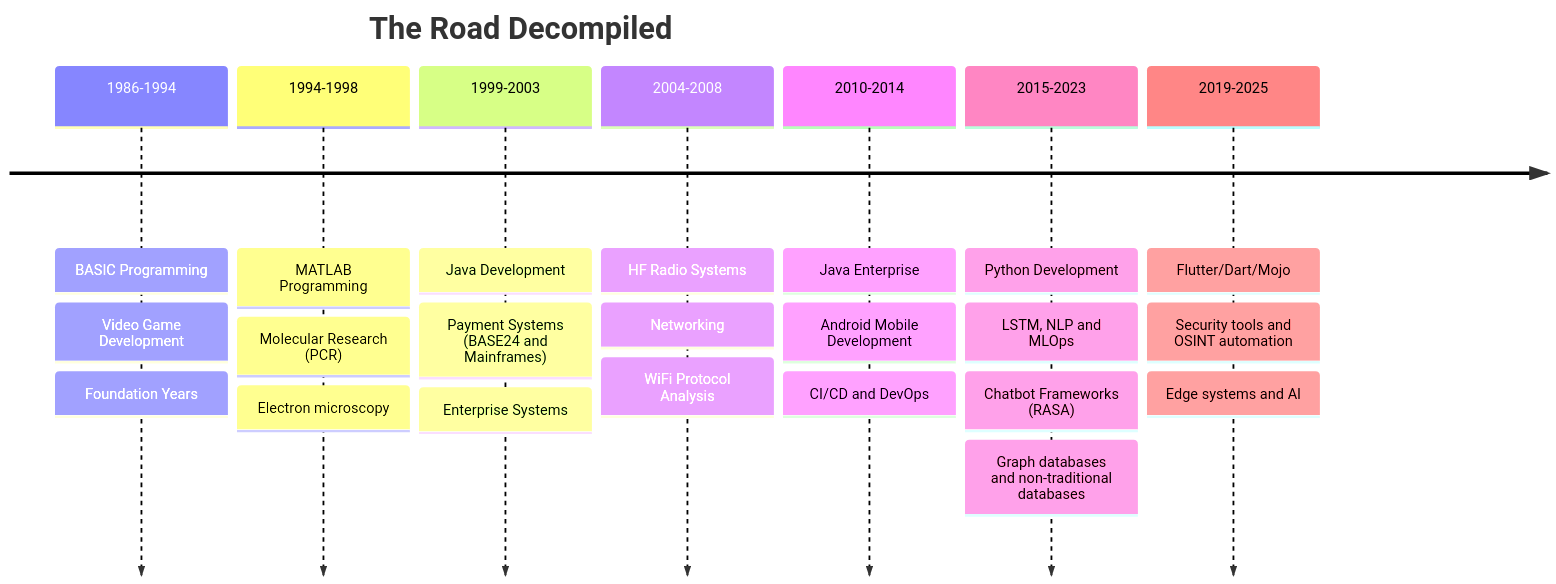
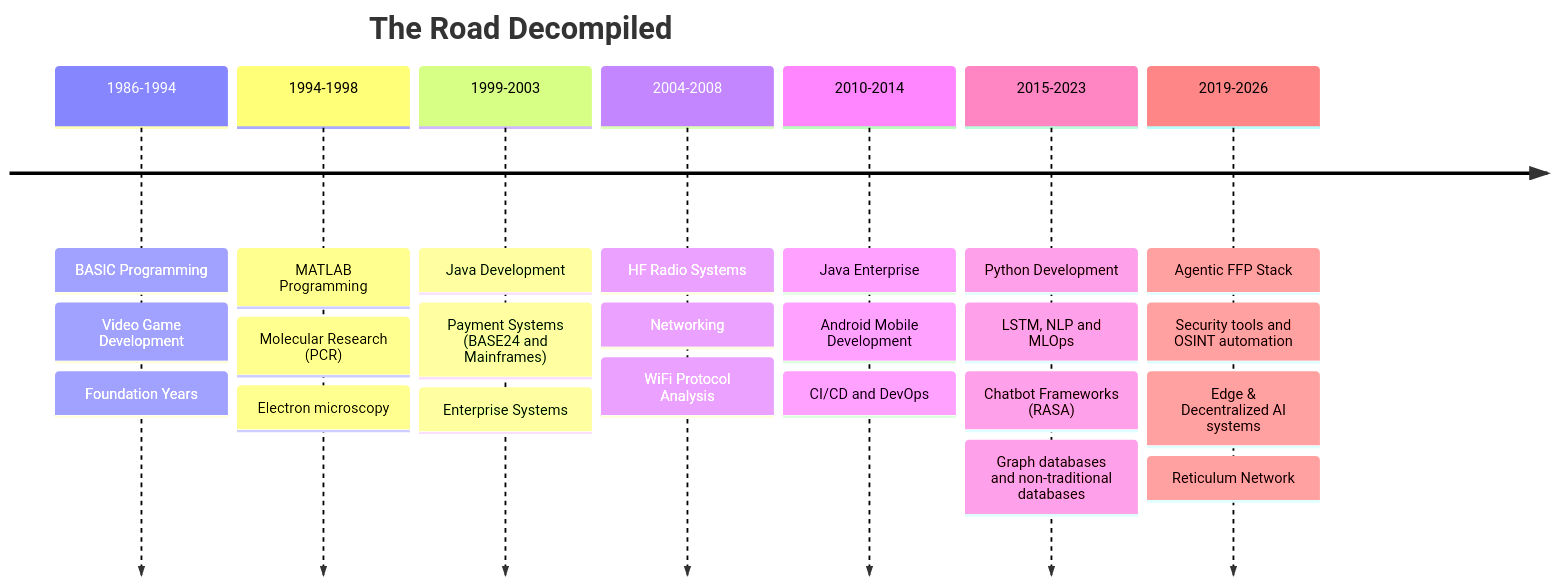
One commit to Wall-D/Wall-D changed the diagram in README.md. Above: the diagram before and after it, drawn with Mermaid.

Commit message:
Update timeline and technology stack in README

````diff
--- a/README.md
+++ b/README.md
@@ -4,35 +4,37 @@
 ```mermaid
 timeline
     title The Road Decompiled
     
     1986-1994 : BASIC Programming
               : Video Game Development
               : Foundation Years
     
     1994-1998 : MATLAB Programming
               : Molecular Research (PCR)
               : Electron microscopy
     
     1999-2003 : Java Development
               : Payment Systems (BASE24 and Mainframes)
               : Enterprise Systems
     
     2004-2008 : HF Radio Systems
               : Networking
               : WiFi Protocol Analysis
     
     2010-2014 : Java Enterprise
               : Android Mobile Development
               : CI/CD and DevOps
     
     2015-2023 : Python Development
               : LSTM, NLP and MLOps
               : Chatbot Frameworks (RASA)
               : Graph databases and non-traditional databases
     
-    2019-2025 : Flutter/Dart/Mojo
+    2019-2026 : Agentic FFP Stack
               : Security tools and OSINT automation
-              : Edge systems and AI
+              : Edge & Decentralized AI systems
+              : Reticulum Network
+
         
 
 ```
````
